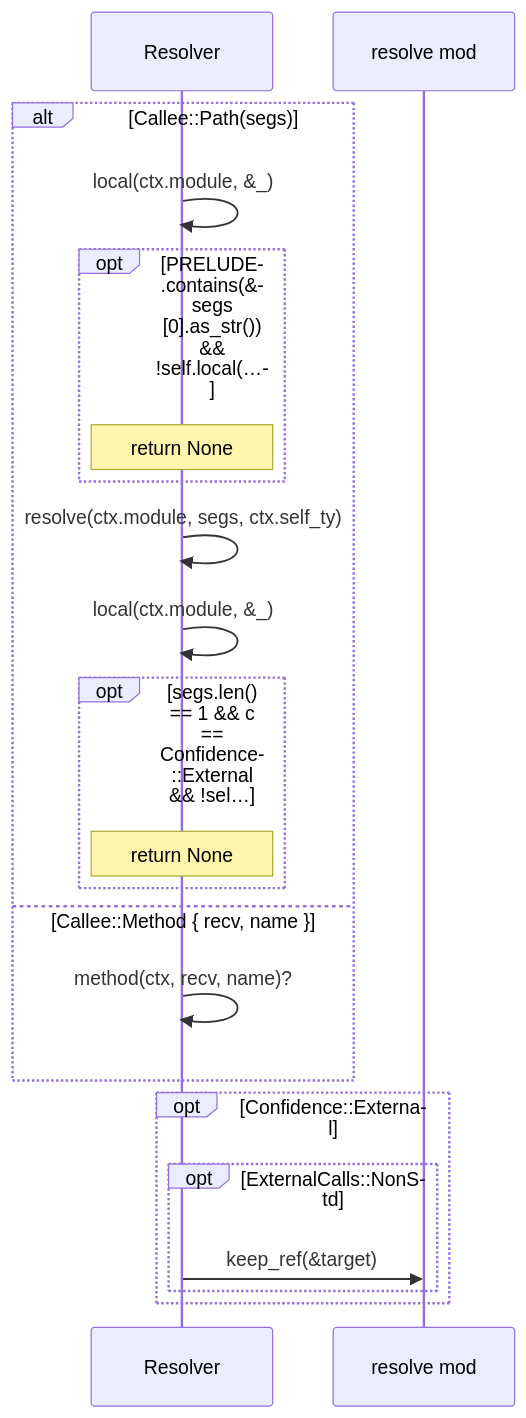
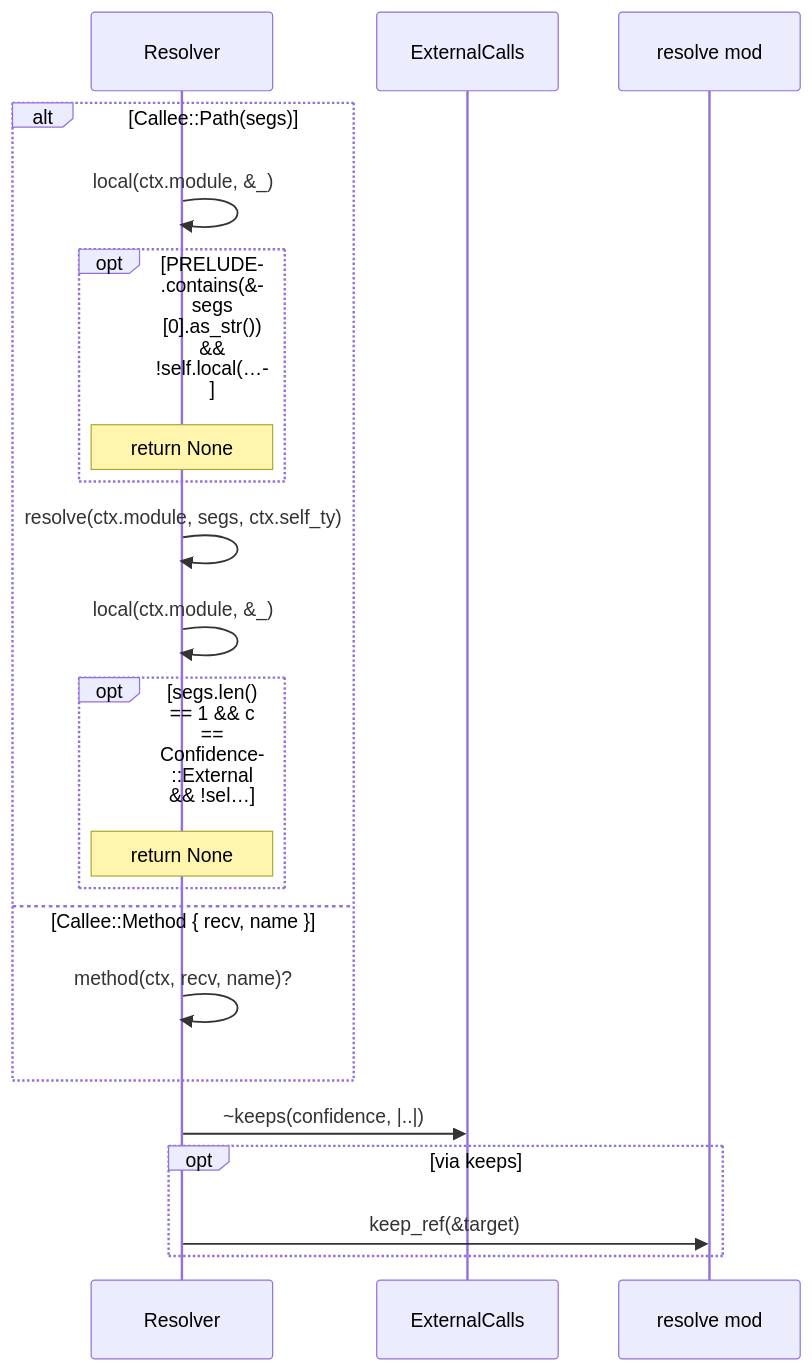
One commit to DreamLab-AI/codemaid changed diagram 13 of 16 in docs/sealmap/crates/sealmap-rust/src/resolve.rs.md. Above: the diagram before and after it, drawn with Mermaid. The commit also changed other lines of this file and 37 other files, not shown here.

First line of the commit message:
frontend: extract sealmap-frontend from sealmap-rust

````diff
--- a/docs/sealmap/crates/sealmap-rust/src/resolve.rs.md
+++ b/docs/sealmap/crates/sealmap-rust/src/resolve.rs.md
@@ -472,23 +422,23 @@
 ```mermaid
 sequenceDiagram
   participant sealmap_rust__resolve__Resolver as Resolver
+  participant sealmap_frontend__confidence__ExternalCalls as ExternalCalls
   participant sealmap_rust__resolve as resolve mod
   alt Callee::Path(segs)
     sealmap_rust__resolve__Resolver->>sealmap_rust__resolve__Resolver: local(ctx.module, &_)
     opt PRELUDE.contains(&segs [0].as_str()) && !self.local(…
       Note over sealmap_rust__resolve__Resolver: return None
     end
     sealmap_rust__resolve__Resolver->>sealmap_rust__resolve__Resolver: resolve(ctx.module, segs, ctx.self_ty)
     sealmap_rust__resolve__Resolver->>sealmap_rust__resolve__Resolver: local(ctx.module, &_)
     opt segs.len() == 1 && c == Confidence::External && !sel…
       Note over sealmap_rust__resolve__Resolver: return None
     end
   else Callee::Method { recv, name }
     sealmap_rust__resolve__Resolver->>sealmap_rust__resolve__Resolver: method(ctx, recv, name)?
   end
-  opt Confidence::External
-    opt ExternalCalls::NonStd
-      sealmap_rust__resolve__Resolver->>sealmap_rust__resolve: keep_ref(&target)
-    end
+  sealmap_rust__resolve__Resolver->>sealmap_frontend__confidence__ExternalCalls: ~keeps(confidence, |..|)
+  opt via keeps
+    sealmap_rust__resolve__Resolver->>sealmap_rust__resolve: keep_ref(&target)
   end
 ```
````
